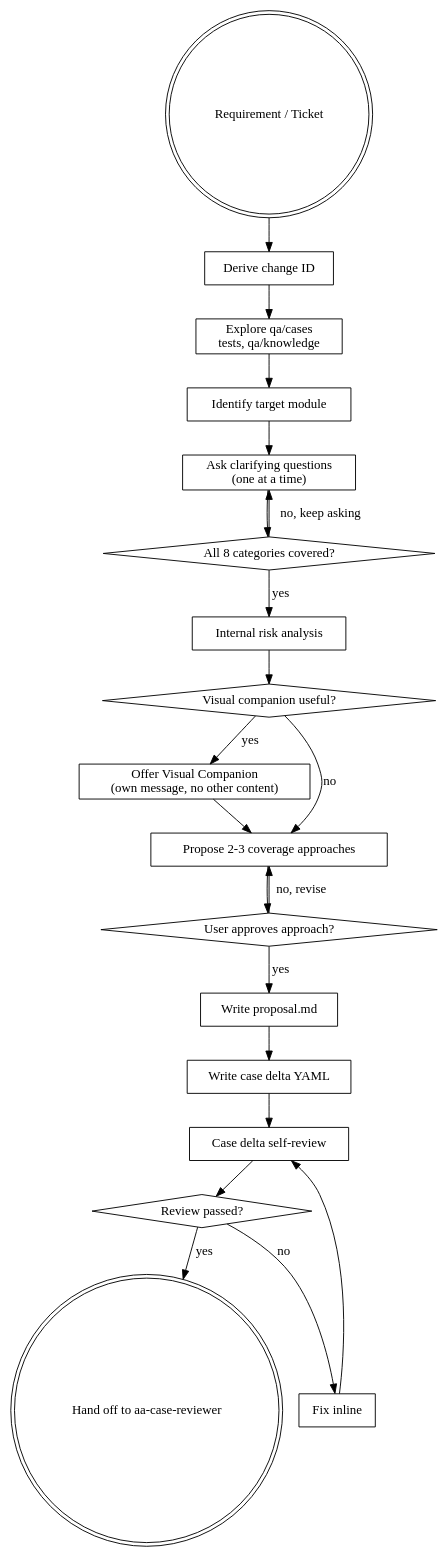
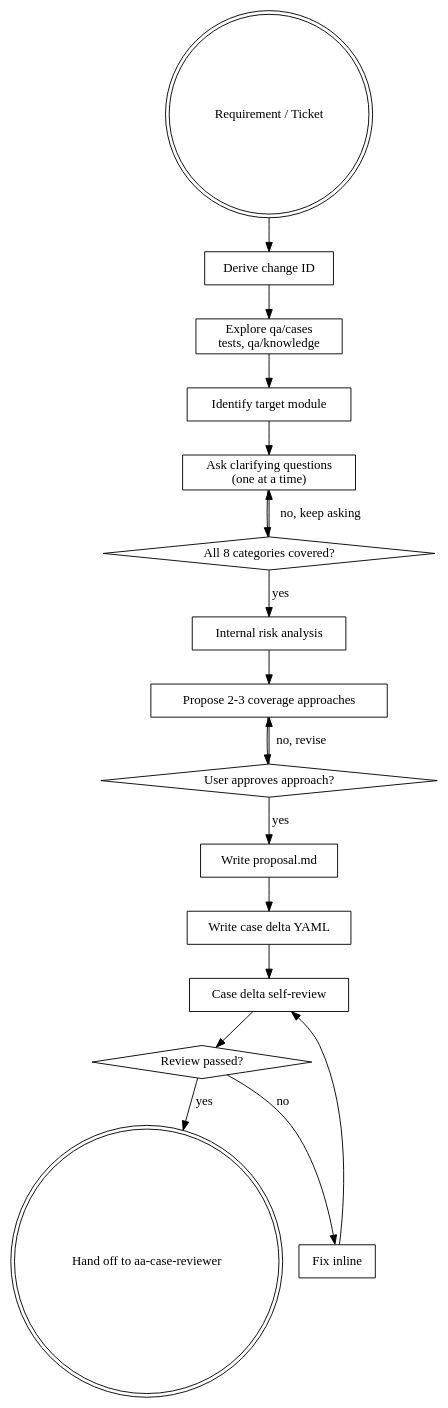
Before and after one commit to Qingquanlv/assurance-agent: the diagram in packages/capabilities/assurance-intake/assurance_intake/ops/case_design/SKILL.md, drawn with Graphviz. The commit also changed other lines of this file and 202 other files, not shown here.

First line of the commit message:
refactor: build capability graphs with AttemptGraph and share the agent result receipt

````diff
--- a/packages/capabilities/assurance-intake/assurance_intake/ops/case_design/SKILL.md
+++ b/packages/capabilities/assurance-intake/assurance_intake/ops/case_design/SKILL.md
@@ -509,42 +496,37 @@
 ```dot
 digraph brainstorming_for_qa {
     "Requirement / Ticket" [shape=doublecircle];
     "Derive change ID" [shape=box];
     "Explore qa/cases\ntests, qa/knowledge" [shape=box];
     "Identify target module" [shape=box];
     "Ask clarifying questions\n(one at a time)" [shape=box];
     "All 8 categories covered?" [shape=diamond];
     "Internal risk analysis" [shape=box];
-    "Visual companion useful?" [shape=diamond];
-    "Offer Visual Companion\n(own message, no other content)" [shape=box];
     "Propose 2-3 coverage approaches" [shape=box];
     "User approves approach?" [shape=diamond];
     "Write proposal.md" [shape=box];
     "Write case delta YAML" [shape=box];
     "Case delta self-review" [shape=box];
     "Review passed?" [shape=diamond];
     "Fix inline" [shape=box];
     "Hand off to aa-case-reviewer" [shape=doublecircle];
 
     "Requirement / Ticket" -> "Derive change ID";
     "Derive change ID" -> "Explore qa/cases\ntests, qa/knowledge";
     "Explore qa/cases\ntests, qa/knowledge" -> "Identify target module";
     "Identify target module" -> "Ask clarifying questions\n(one at a time)";
     "Ask clarifying questions\n(one at a time)" -> "All 8 categories covered?";
     "All 8 categories covered?" -> "Ask clarifying questions\n(one at a time)" [label="no, keep asking"];
     "All 8 categories covered?" -> "Internal risk analysis" [label="yes"];
-    "Internal risk analysis" -> "Visual companion useful?";
-    "Visual companion useful?" -> "Offer Visual Companion\n(own message, no other content)" [label="yes"];
-    "Visual companion useful?" -> "Propose 2-3 coverage approaches" [label="no"];
-    "Offer Visual Companion\n(own message, no other content)" -> "Propose 2-3 coverage approaches";
+    "Internal risk analysis" -> "Propose 2-3 coverage approaches";
     "Propose 2-3 coverage approaches" -> "User approves approach?";
     "User approves approach?" -> "Propose 2-3 coverage approaches" [label="no, revise"];
     "User approves approach?" -> "Write proposal.md" [label="yes"];
     "Write proposal.md" -> "Write case delta YAML";
     "Write case delta YAML" -> "Case delta self-review";
     "Case delta self-review" -> "Review passed?";
     "Review passed?" -> "Fix inline" [label="no"];
     "Fix inline" -> "Case delta self-review";
     "Review passed?" -> "Hand off to aa-case-reviewer" [label="yes"];
 }
 ```
````
